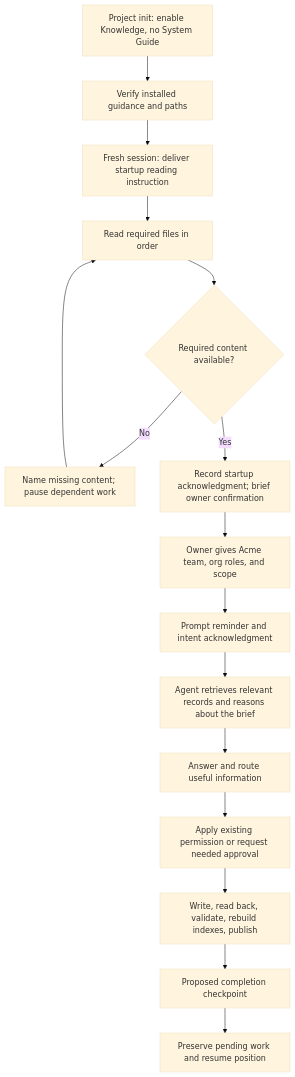
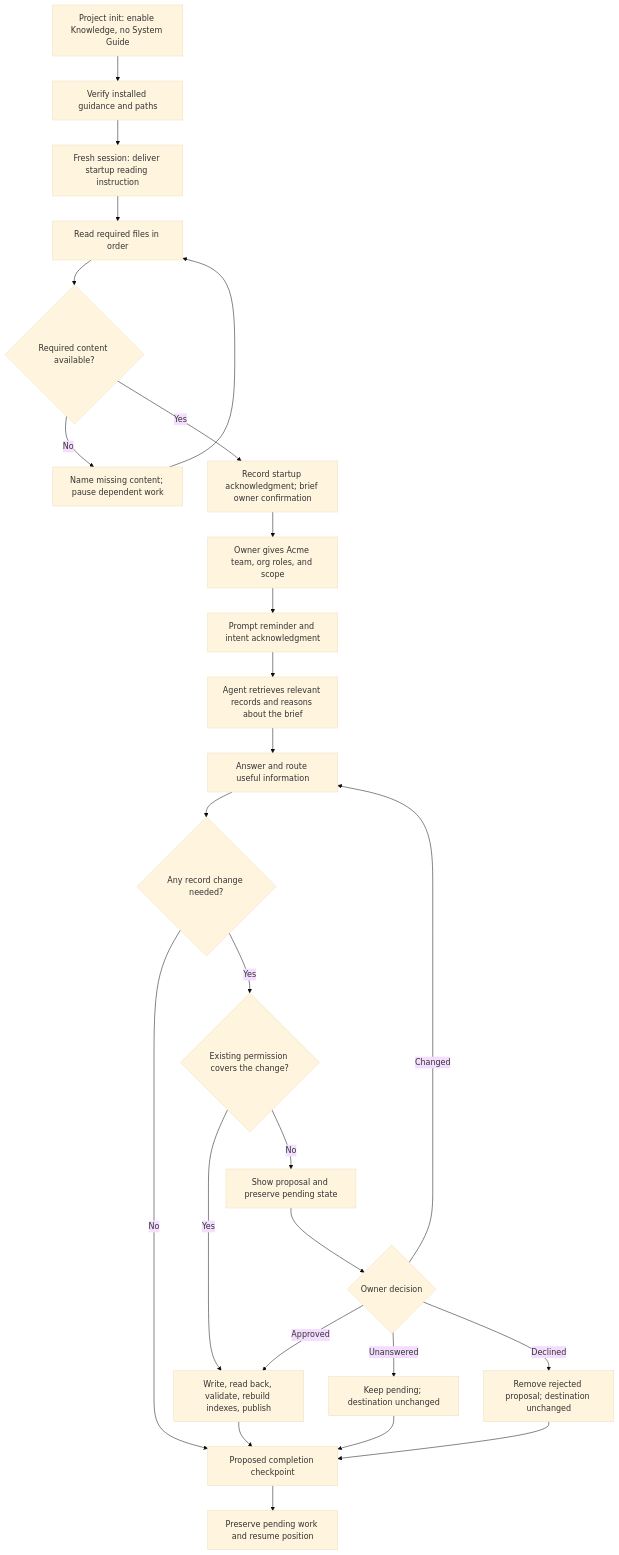
Before and after one commit to Mar5929/claude-toolkit: the first of 3 diagrams in docs/designs/269-knowledge-system.md, drawn with Mermaid (base theme). The commit also changed other lines of this file, not shown here.

Commit message:
docs: deepen knowledge design flows and acceptance scenarios

````diff
--- a/docs/designs/269-knowledge-system.md
+++ b/docs/designs/269-knowledge-system.md
@@ -168,18 +182,28 @@
 ```mermaid
 flowchart TD
   A[Project init: enable Knowledge, no System Guide] --> B[Verify installed guidance and paths]
   B --> C[Fresh session: deliver startup reading instruction]
   C --> D[Read required files in order]
   D --> E{Required content available?}
   E -- No --> F[Name missing content; pause dependent work]
   F --> D
   E -- Yes --> G[Record startup acknowledgment; brief owner confirmation]
   G --> H[Owner gives Acme team, org roles, and scope]
   H --> I[Prompt reminder and intent acknowledgment]
   I --> J[Agent retrieves relevant records and reasons about the brief]
   J --> K[Answer and route useful information]
-  K --> L[Apply existing permission or request needed approval]
-  L --> M[Write, read back, validate, rebuild indexes, publish]
-  M --> N[Proposed completion checkpoint]
+  K --> L{Any record change needed?}
+  L -- No --> N[Proposed completion checkpoint]
+  L -- Yes --> P{Existing permission covers the change?}
+  P -- Yes --> M[Write, read back, validate, rebuild indexes, publish]
+  P -- No --> Q[Show proposal and preserve pending state]
+  Q --> R{Owner decision}
+  R -- Approved --> M
+  R -- Changed --> K
+  R -- Unanswered --> S[Keep pending; destination unchanged]
+  R -- Declined --> T[Remove rejected proposal; destination unchanged]
+  S --> N
+  T --> N
+  M --> N
   N --> O[Preserve pending work and resume position]
 ```
````
